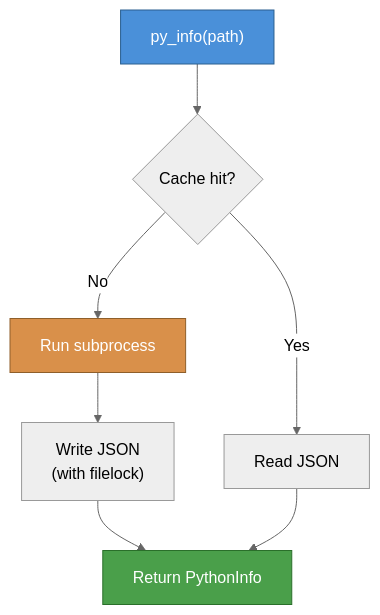
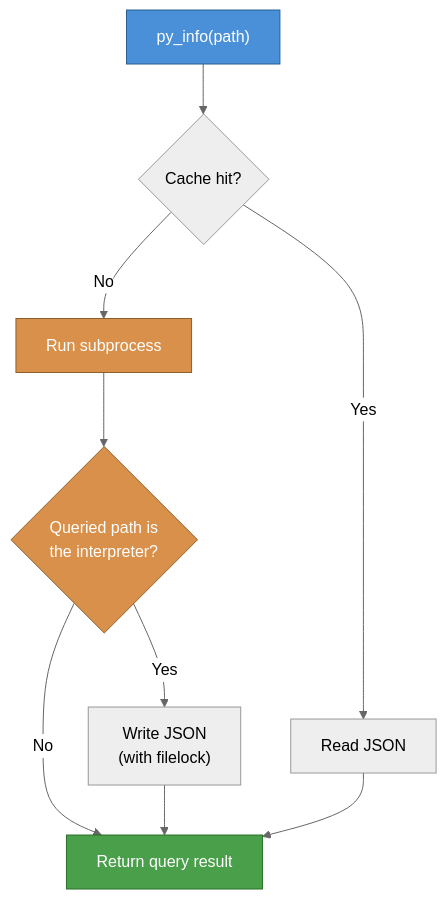
Before and after one commit to tox-dev/python-discovery: the sixth of 7 diagrams in docs/explanation.rst, drawn with Mermaid (neutral theme). The commit also changed other lines of this file and 6 other files, not shown here.

```diff
--- a/docs/explanation.rst
+++ b/docs/explanation.rst
@@ -258,13 +260,16 @@
 .. mermaid::
 
     flowchart TD
         Lookup["py_info(path)"] --> Exists{"Cache hit?"}
         Exists -->|Yes| Read["Read JSON"]
         Exists -->|No| Run["Run subprocess"]
-        Run --> Write["Write JSON<br>(with filelock)"]
-        Write --> Return["Return PythonInfo"]
+        Run --> Same{"Queried path is<br>the interpreter?"}
+        Same -->|Yes| Write["Write JSON<br>(with filelock)"]
+        Same -->|No| Return["Return query result"]
+        Write --> Return
         Read --> Return
 
         style Lookup fill:#4a90d9,stroke:#2a5f8f,color:#fff
         style Return fill:#4a9f4a,stroke:#2a6f2a,color:#fff
         style Run fill:#d9904a,stroke:#8f5f2a,color:#fff
+        style Same fill:#d9904a,stroke:#8f5f2a,color:#fff
```
